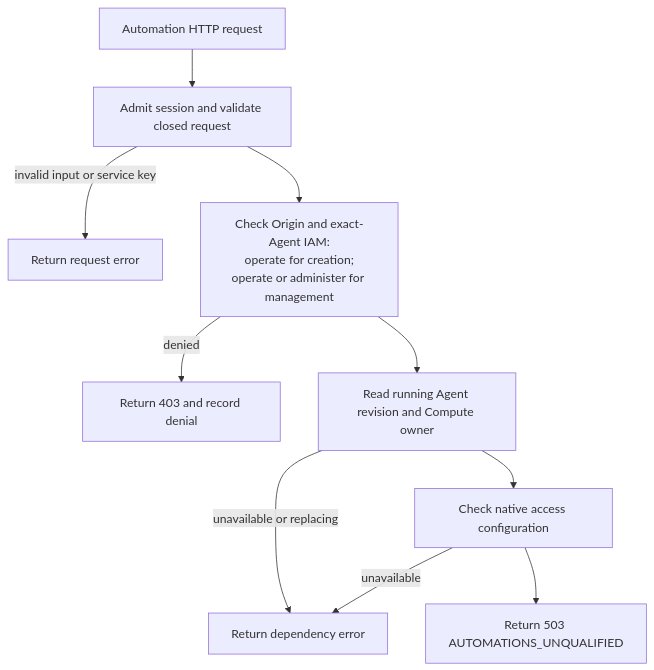
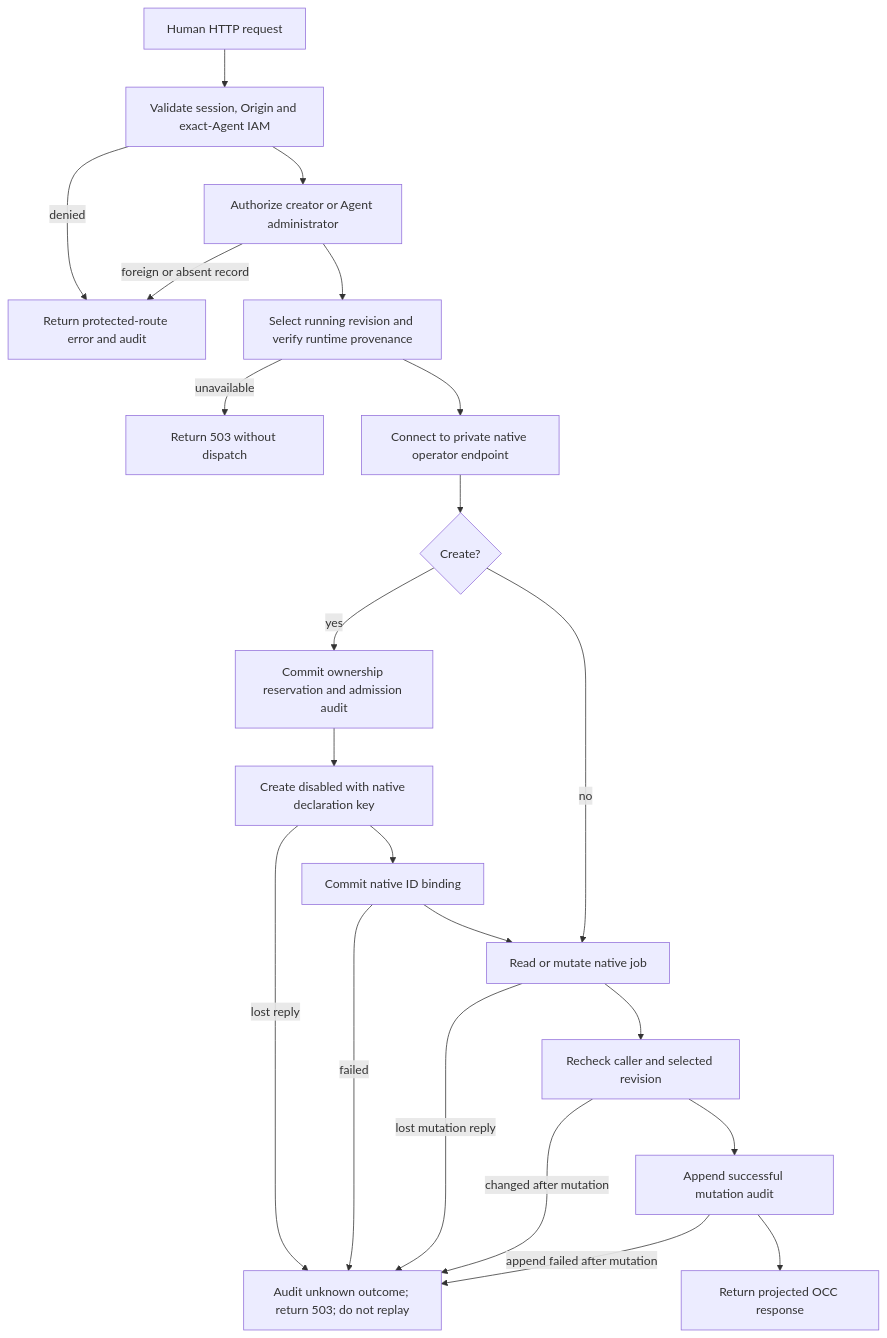
The diagram in docs/flows/agent-automations.md (openclaw/openclaw-enterprise), drawn with Mermaid before and after one commit. The commit also changed other lines of this file and 61 other files, not shown here.

Commit message:
feat: broker Agent automations through OCC

````diff
--- a/docs/flows/agent-automations.md
+++ b/docs/flows/agent-automations.md
@@ -26,12 +26,24 @@
 ```mermaid
 graph TD
-  A["Automation HTTP request"] --> B["Admit session and validate closed request"]
-  B -->|"invalid input or service key"| R["Return request error"]
-  B --> C["Check Origin and exact-Agent IAM:<br/>operate for creation;<br/>operate or administer for management"]
-  C -->|"denied"| D["Return 403 and record denial"]
-  C --> E["Read running Agent revision and Compute owner"]
-  E -->|"unavailable or replacing"| U["Return dependency error"]
-  E --> F["Check native access configuration"]
-  F -->|"unavailable"| U
-  F --> Q["Return 503 AUTOMATIONS_UNQUALIFIED"]
+  A["Human HTTP request"] --> B["Validate session, Origin and exact-Agent IAM"]
+  B -->|"denied"| E["Return protected-route error and audit"]
+  B --> C["Authorize creator or Agent administrator"]
+  C -->|"foreign or absent record"| E
+  C --> D["Select running revision and verify runtime provenance"]
+  D -->|"unavailable"| U["Return 503 without dispatch"]
+  D --> G["Connect to private native operator endpoint"]
+  G --> R{"Create?"}
+  R -->|"yes"| P["Commit ownership reservation and admission audit"]
+  R -->|"no"| N["Read or mutate native job"]
+  P --> C0["Create disabled with native declaration key"]
+  C0 -->|"lost reply"| X
+  C0 --> B0["Commit native ID binding"]
+  B0 -->|"failed"| X
+  B0 --> N
+  N -->|"lost mutation reply"| X["Audit unknown outcome; return 503; do not replay"]
+  N --> V["Recheck caller and selected revision"]
+  V -->|"changed after mutation"| X
+  V --> S["Append successful mutation audit"]
+  S -->|"append failed after mutation"| X
+  S --> O["Return projected OCC response"]
 ```
````
